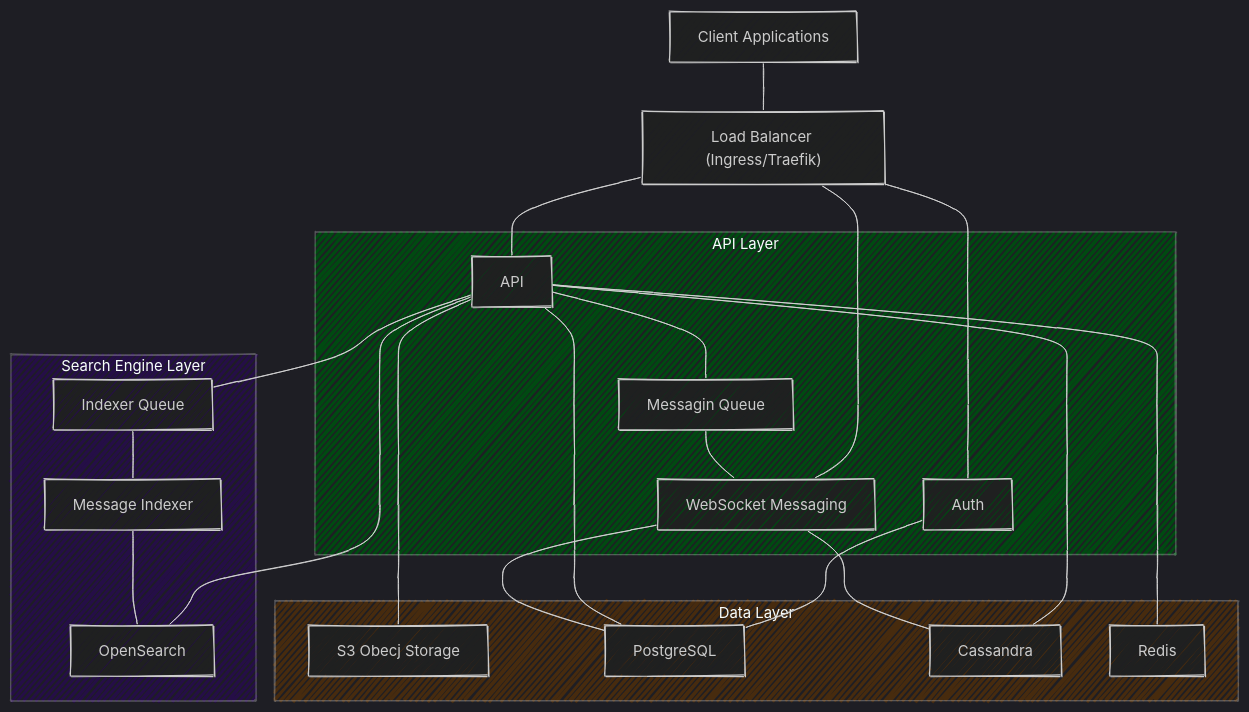
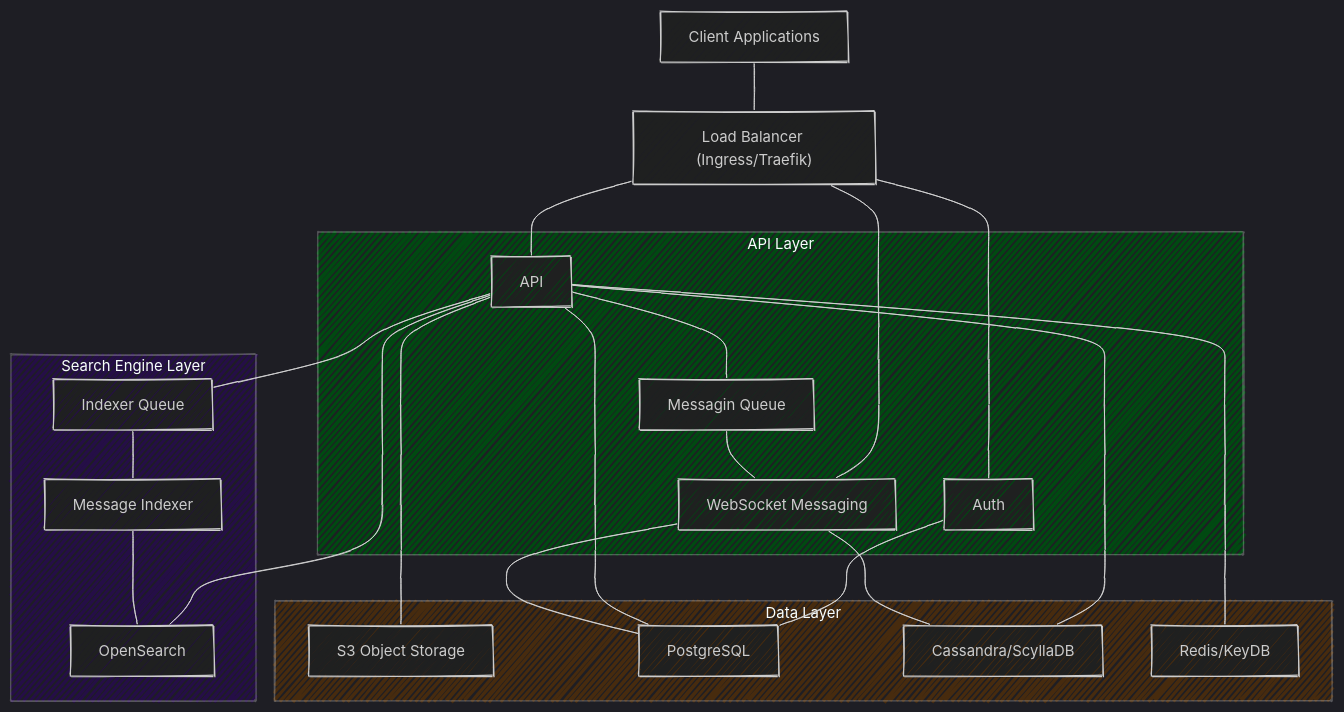
The diagram in docs/project/README.md (FlameInTheDark/gochat), drawn with Mermaid before and after one commit.

Commit message:
docs: typo fixed

````diff
--- a/docs/project/README.md
+++ b/docs/project/README.md
@@ -13,59 +13,59 @@
 ```mermaid
 ---
 config:
     look: handDrawn
     theme: dark
 ---
 flowchart
 	subgraph s1["API Layer"]
 		n7["Messagin Queue"]
 		n3["WebSocket Messaging"]
 		n2["Auth"]
 		n1["API"]
 	end
 	style s1 fill:#004a11
 	n4["Client"]
 	subgraph s2["Data Layer"]
-		n9["S3"]
+		n9["S3 Object Storage"]
 		n8["PostgreSQL"]
-		n6["Cassandra"]
-		n5["Redis"]
+		n6["Cassandra/ScyllaDB"]
+		n5["Redis/KeyDB"]
 	end
 	n1
 	n3
 	n1 --- n7
 	n7 --- n3
 	
 	n4
 	s1
 	n4
 	n1
 	n4
 	n2
 	n4["Client Applications"]
 	n3
 	n3 --- n8
 	n3 --- n6
-	n1 --- n9["S3 Obecj Storage"]
+	n1 --- n9
 	n1 --- n8
 	n1 --- n6
 	n1 --- n5
 	subgraph s3["Search Engine Layer"]
 		n12["OpenSearch"]
 		n11["Message Indexer"]
 		n10["Indexer Queue"]
 	end
 	
 	n1 --- n10
 	n10 --- n11
 	n11 --- n12
 	n1 --- n12
 	n2 --- n8
 	n13["Load Balancer"]
 	n4 --- n13
 	n13 --- n1
 	n13 --- n2
 	n13["Load Balancer (Ingress/Traefik)"] --- n3
 	style s2 fill:#472b0e
 	style s3 fill:#250e47
 ```
````
